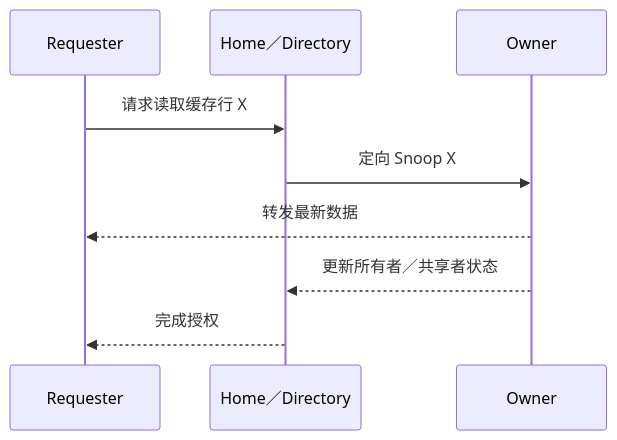
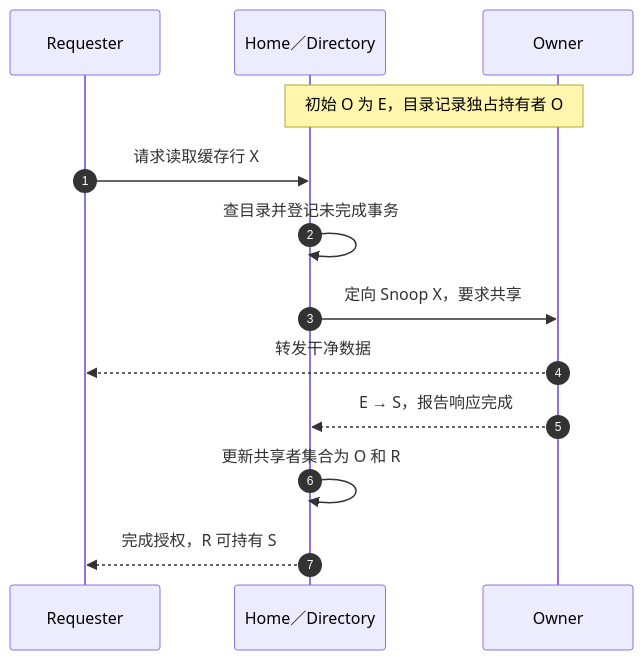
One commit to FormingSystem/linux_note changed the third of 3 diagrams in knowledge/foundations/computer_architecture/cache_coherence/P05_Snooping_与_Directory_一致性.md. Above: the diagram before and after it, drawn with Mermaid. The commit also changed other lines of this file and 10 other files, not shown here.

First line of the commit message:
content(architecture/cache): 重建缓存一致性事务与硬件职责的因果讲解

````diff
--- a/knowledge/foundations/computer_architecture/cache_coherence/P05_Snooping_与_Directory_一致性.md
+++ b/knowledge/foundations/computer_architecture/cache_coherence/P05_Snooping_与_Directory_一致性.md
@@ -50,11 +56,15 @@
 ```mermaid
 sequenceDiagram
+    autonumber
     participant R as Requester
     participant H as Home／Directory
     participant O as Owner
+    Note over H,O: 初始 O 为 E，目录记录独占持有者 O
     R->>H: 请求读取缓存行 X
-    H->>O: 定向 Snoop X
-    O-->>R: 转发最新数据
-    O-->>H: 更新所有者／共享者状态
-    H-->>R: 完成授权
+    H->>H: 查目录并登记未完成事务
+    H->>O: 定向 Snoop X，要求共享
+    O-->>R: 转发干净数据
+    O-->>H: E → S，报告响应完成
+    H->>H: 更新共享者集合为 O 和 R
+    H-->>R: 完成授权，R 可持有 S
 ```
````
